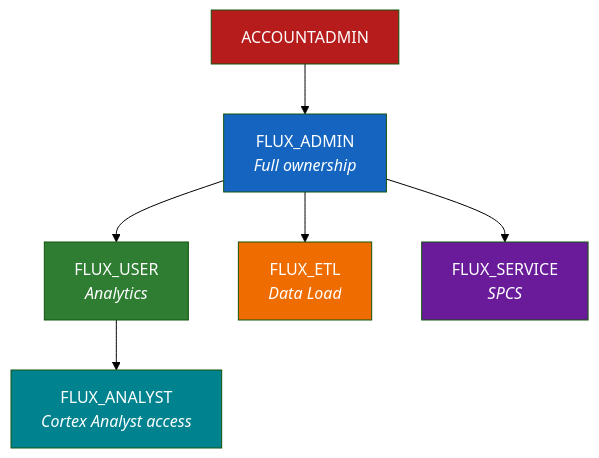
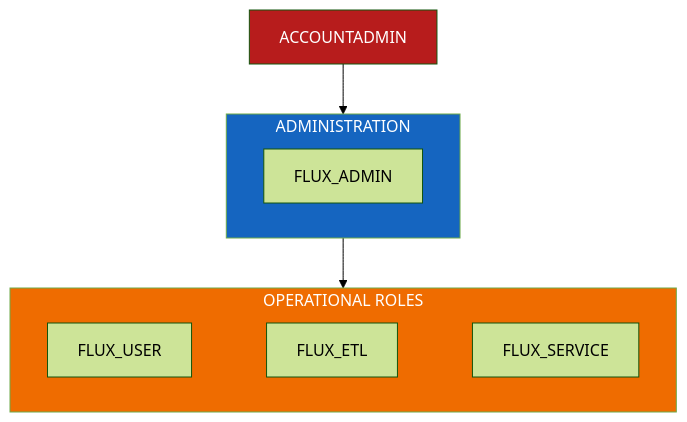
Before and after one commit to sfc-gh-abannerjee/flux-utility-solutions: the fourth of 4 diagrams in docs/ARCHITECTURE.md, drawn with Mermaid (forest theme). The commit also changed other lines of this file and 4 other files, not shown here.

First line of the commit message:
Restructure architecture docs and fix Mermaid diagram layouts

````diff
--- a/docs/ARCHITECTURE.md
+++ b/docs/ARCHITECTURE.md
@@ -231,24 +117,18 @@
 ```mermaid
-flowchart TD
+flowchart TB
     AA["ACCOUNTADMIN"]
-    FA["FLUX_ADMIN<br/><i>Full ownership</i>"]
     
-    FU["FLUX_USER<br/><i>Analytics</i>"]
-    FE["FLUX_ETL<br/><i>Data Load</i>"]
-    FS["FLUX_SERVICE<br/><i>SPCS</i>"]
+    subgraph Admin["ADMINISTRATION"]
+        FA["FLUX_ADMIN"]
+    end
     
-    FAN["FLUX_ANALYST<br/><i>Cortex Analyst access</i>"]
+    subgraph Ops["OPERATIONAL ROLES"]
+        FU["FLUX_USER"] ~~~ FE["FLUX_ETL"] ~~~ FS["FLUX_SERVICE"]
+    end
     
-    AA --> FA
-    FA --> FU
-    FA --> FE
-    FA --> FS
-    FU --> FAN
+    AA --> Admin --> Ops
     
     style AA fill:#b71c1c,color:#fff
-    style FA fill:#1565c0,color:#fff
-    style FU fill:#2e7d32,color:#fff
-    style FE fill:#ef6c00,color:#fff
-    style FS fill:#6a1b9a,color:#fff
-    style FAN fill:#00838f,color:#fff
+    style Admin fill:#1565c0,color:#fff
+    style Ops fill:#ef6c00,color:#fff
 ```
````
